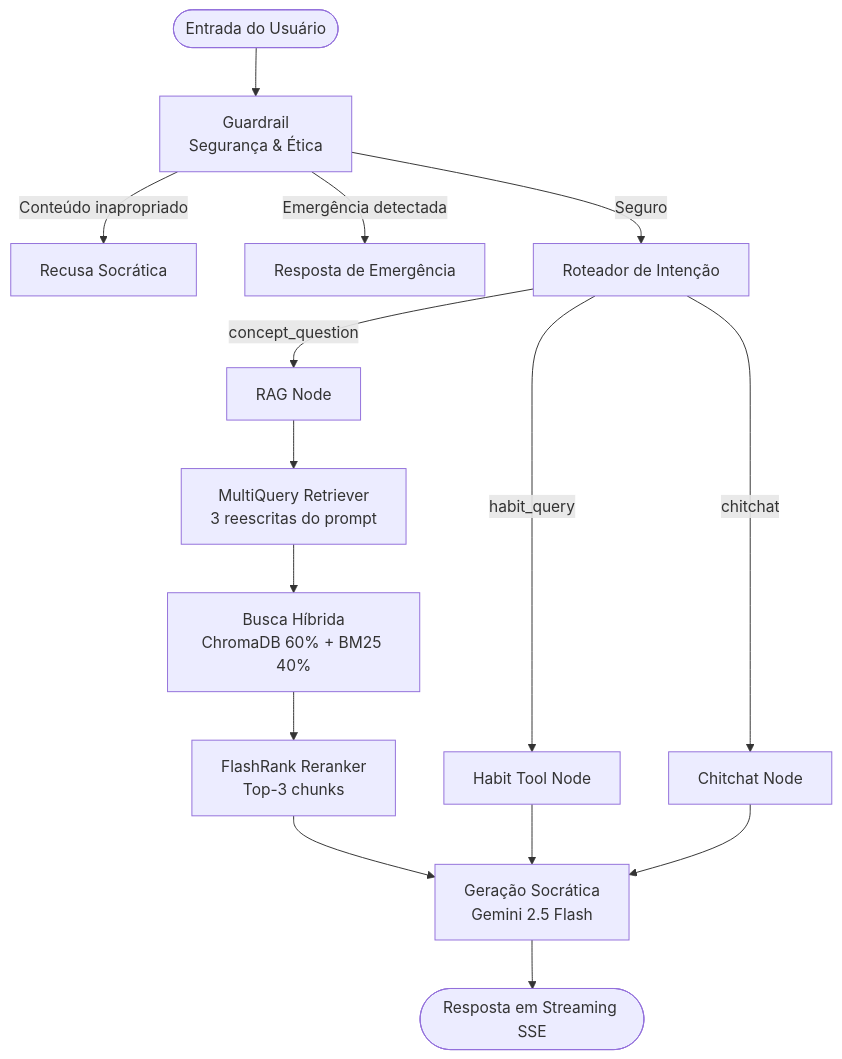
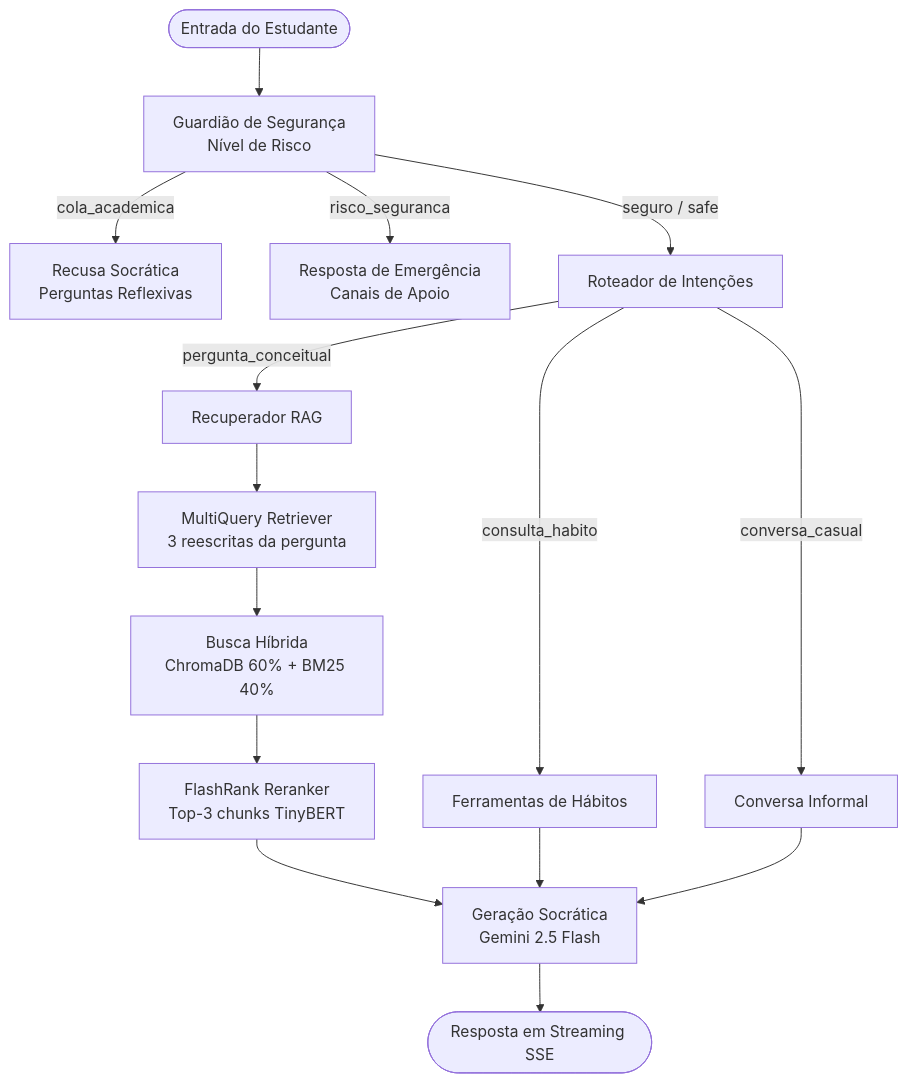
One commit to k4iovitor/Lumen-Lab changed the diagram in README.md. Above: the diagram before and after it, drawn with Mermaid. The commit also changed other lines of this file, not shown here.

````diff
--- a/README.md
+++ b/README.md
@@ -116,21 +116,21 @@
 ```mermaid
 flowchart TD
-    A([Entrada do Usuário]) --> B[Guardrail\nSegurança & Ética]
-    B -->|Conteúdo inapropriado| C[Recusa Socrática]
-    B -->|Emergência detectada| D[Resposta de Emergência]
-    B -->|Seguro| E[Roteador de Intenção]
+    A([Entrada do Estudante]) --> B[Guardião de Segurança\nNível de Risco]
+    B -->|cola_academica| C[Recusa Socrática\nPerguntas Reflexivas]
+    B -->|risco_seguranca| D[Resposta de Emergência\nCanais de Apoio]
+    B -->|seguro / safe| E[Roteador de Intenções]
 
-    E -->|concept_question| F[RAG Node]
-    E -->|habit_query| G[Habit Tool Node]
-    E -->|chitchat| H[Chitchat Node]
+    E -->|pergunta_conceitual| F[Recuperador RAG]
+    E -->|consulta_habito| G[Ferramentas de Hábitos]
+    E -->|conversa_casual| H[Conversa Informal]
 
-    F --> F1[MultiQuery Retriever\n3 reescritas do prompt]
+    F --> F1[MultiQuery Retriever\n3 reescritas da pergunta]
     F1 --> F2[Busca Híbrida\nChromaDB 60% + BM25 40%]
-    F2 --> F3[FlashRank Reranker\nTop-3 chunks]
+    F2 --> F3[FlashRank Reranker\nTop-3 chunks TinyBERT]
     F3 --> I[Geração Socrática\nGemini 2.5 Flash]
 
     G --> I
     H --> I
 
     I --> J([Resposta em Streaming SSE])
 ```
````
